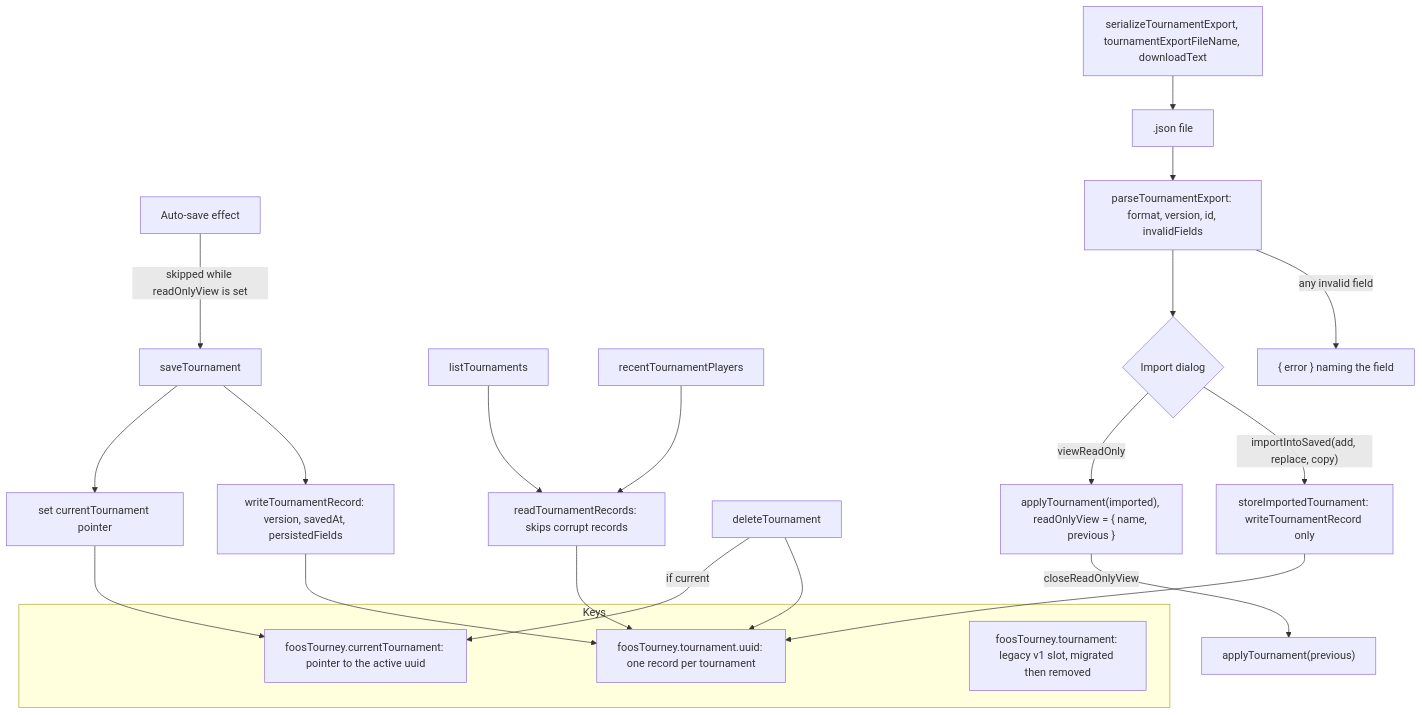
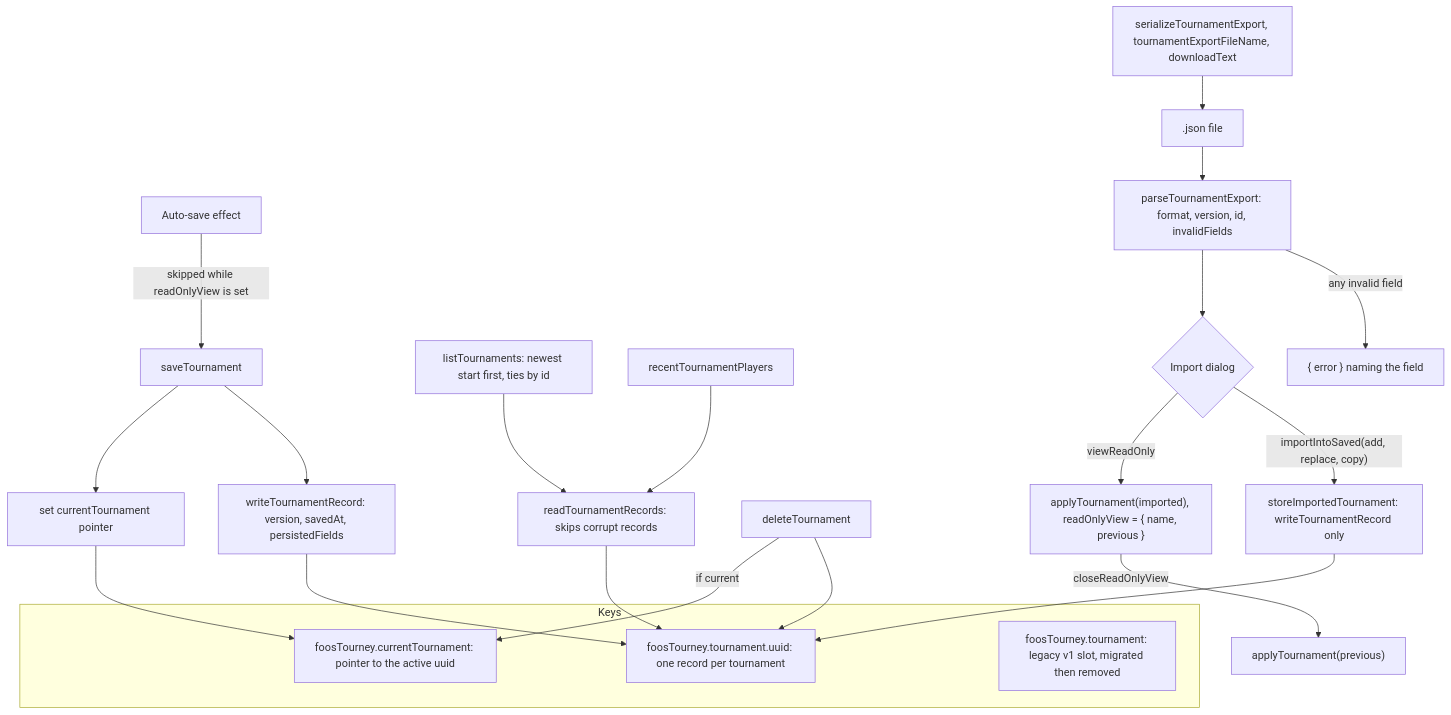
One commit to DT209/foos-tourney changed the ninth of 11 diagrams in .claude/Flow.md. Above: the diagram before and after it, drawn with Mermaid. The commit also changed 4 other files, not shown here.

````diff
--- a/.claude/Flow.md
+++ b/.claude/Flow.md
@@ -169,26 +169,26 @@
 ```mermaid
 flowchart TD
     subgraph Keys
         K1["foosTourney.tournament.uuid: one record per tournament"]
         K2["foosTourney.currentTournament: pointer to the active uuid"]
         K3["foosTourney.tournament: legacy v1 slot, migrated then removed"]
     end
     AE["Auto-save effect"] -->|"skipped while readOnlyView is set"| SV["saveTournament"]
     SV --> WR["writeTournamentRecord: version, savedAt, persistedFields"]
     SV --> PT["set currentTournament pointer"]
     WR --> K1
     PT --> K2
     RR["readTournamentRecords: skips corrupt records"] --> K1
-    LT["listTournaments"] --> RR
+    LT["listTournaments: newest start first, ties by id"] --> RR
     RP["recentTournamentPlayers"] --> RR
     DT["deleteTournament"] --> K1
     DT -->|"if current"| K2
     EXP["serializeTournamentExport, tournamentExportFileName, downloadText"] --> FILE[".json file"]
     FILE --> PARSE["parseTournamentExport: format, version, id, invalidFields"]
     PARSE -->|"any invalid field"| REJ["{ error } naming the field"]
     PARSE --> RV{"Import dialog"}
     RV -- "importIntoSaved(add, replace, copy)" --> ST["storeImportedTournament: writeTournamentRecord only"]
     ST --> K1
     RV -- "viewReadOnly" --> RO["applyTournament(imported), readOnlyView = { name, previous }"]
     RO -->|"closeReadOnlyView"| PR["applyTournament(previous)"]
 ```
````
